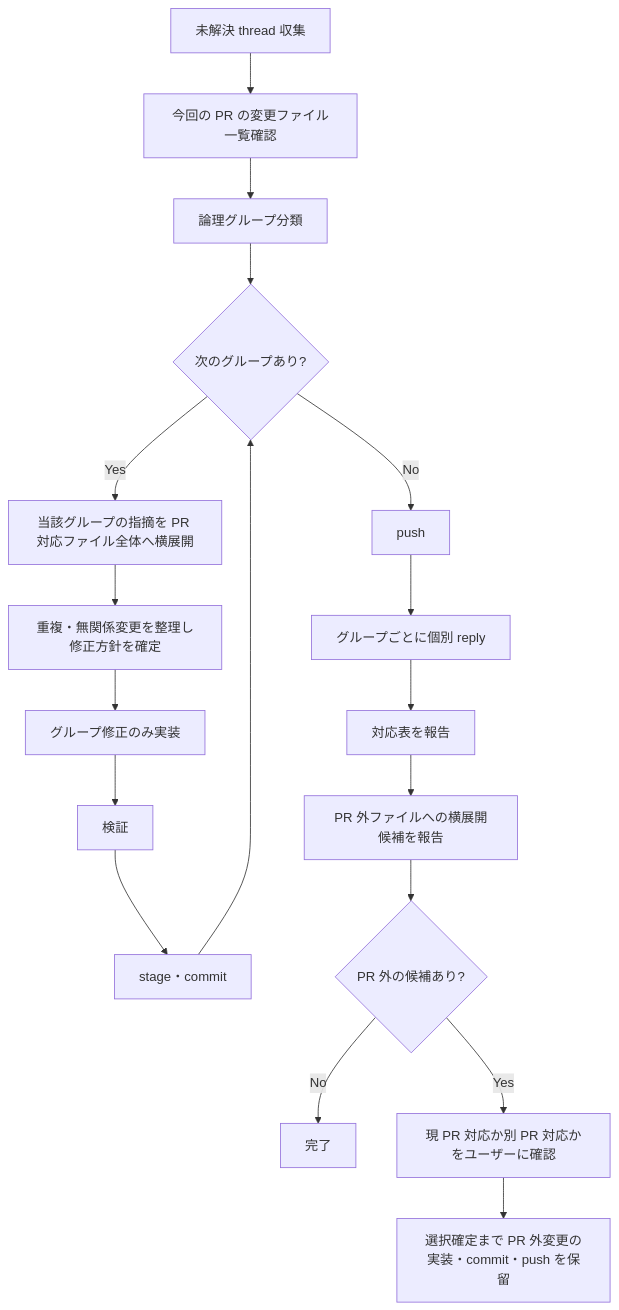
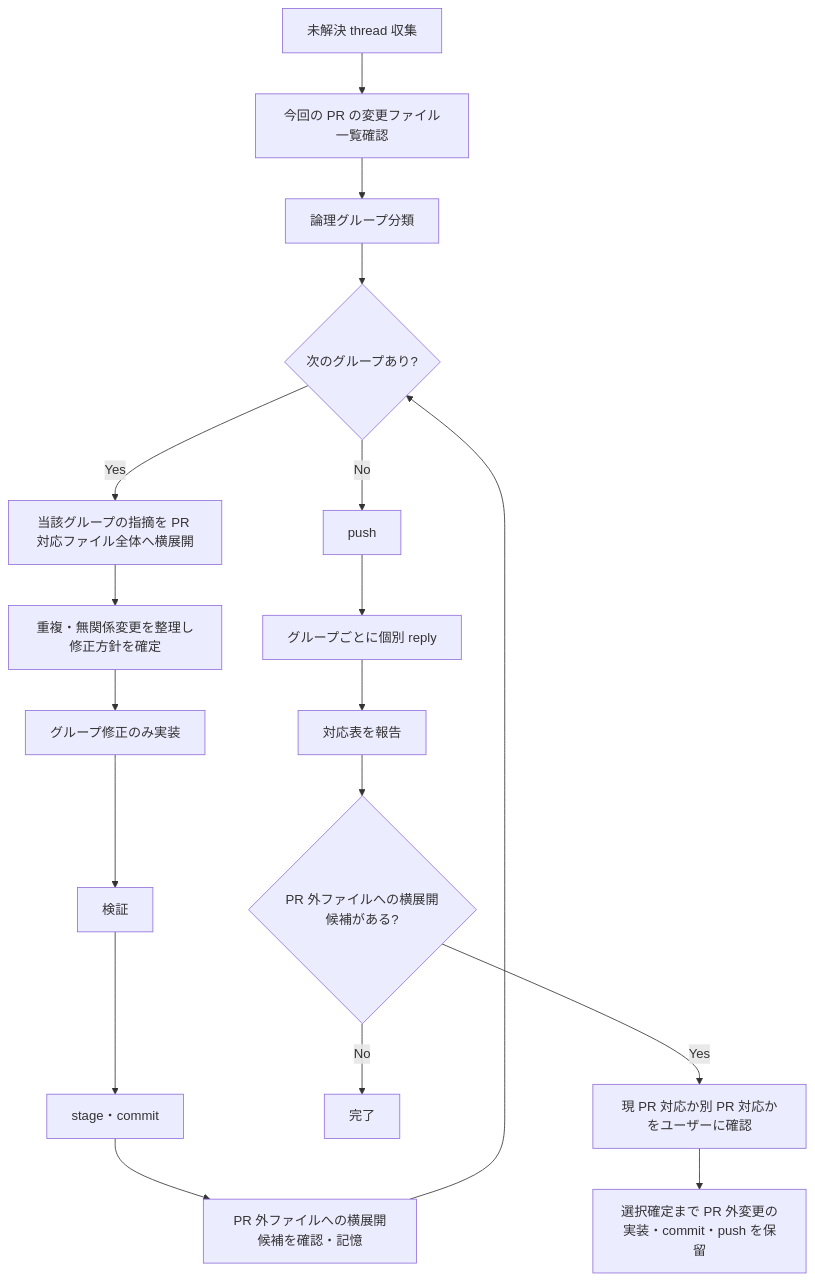
Before and after one commit to melumuccu/ai: the diagram in .agents/skills/#kf-global-commands/kf-g-command-do-pr-rev-comment/references/group-commit-reply-sequence.md, drawn with Mermaid. The commit also changed other lines of this file, not shown here.

Commit message:
chore: skill > kf-g-command-do-pr-rev-comment 微調整

````diff
--- a/.agents/skills/#kf-global-commands/kf-g-command-do-pr-rev-comment/references/group-commit-reply-sequence.md
+++ b/.agents/skills/#kf-global-commands/kf-g-command-do-pr-rev-comment/references/group-commit-reply-sequence.md
@@ -5,20 +5,20 @@
 ```mermaid
 flowchart TD
   A[未解決 thread 収集] --> B[今回の PR の変更ファイル一覧確認]
   B --> C[論理グループ分類]
   C --> D{次のグループあり?}
   D -->|Yes| E[当該グループの指摘を PR 対応ファイル全体へ横展開]
   E --> F[重複・無関係変更を整理し修正方針を確定]
   F --> G[グループ修正のみ実装]
   G --> H[検証]
   H --> I[stage・commit]
-  I --> D
+  I --> Z[PR 外ファイルへの横展開候補を確認・記憶]
+  Z --> D
   D -->|No| J[push]
   J --> K[グループごとに個別 reply]
   K --> L[対応表を報告]
-  L --> M[PR 外ファイルへの横展開候補を報告]
-  M --> N{PR 外の候補あり?}
+  L --> N{PR 外ファイルへの横展開候補がある?}
   N -->|No| O[完了]
   N -->|Yes| P[現 PR 対応か別 PR 対応かをユーザーに確認]
   P --> Q[選択確定まで PR 外変更の実装・commit・push を保留]
 ```
````
